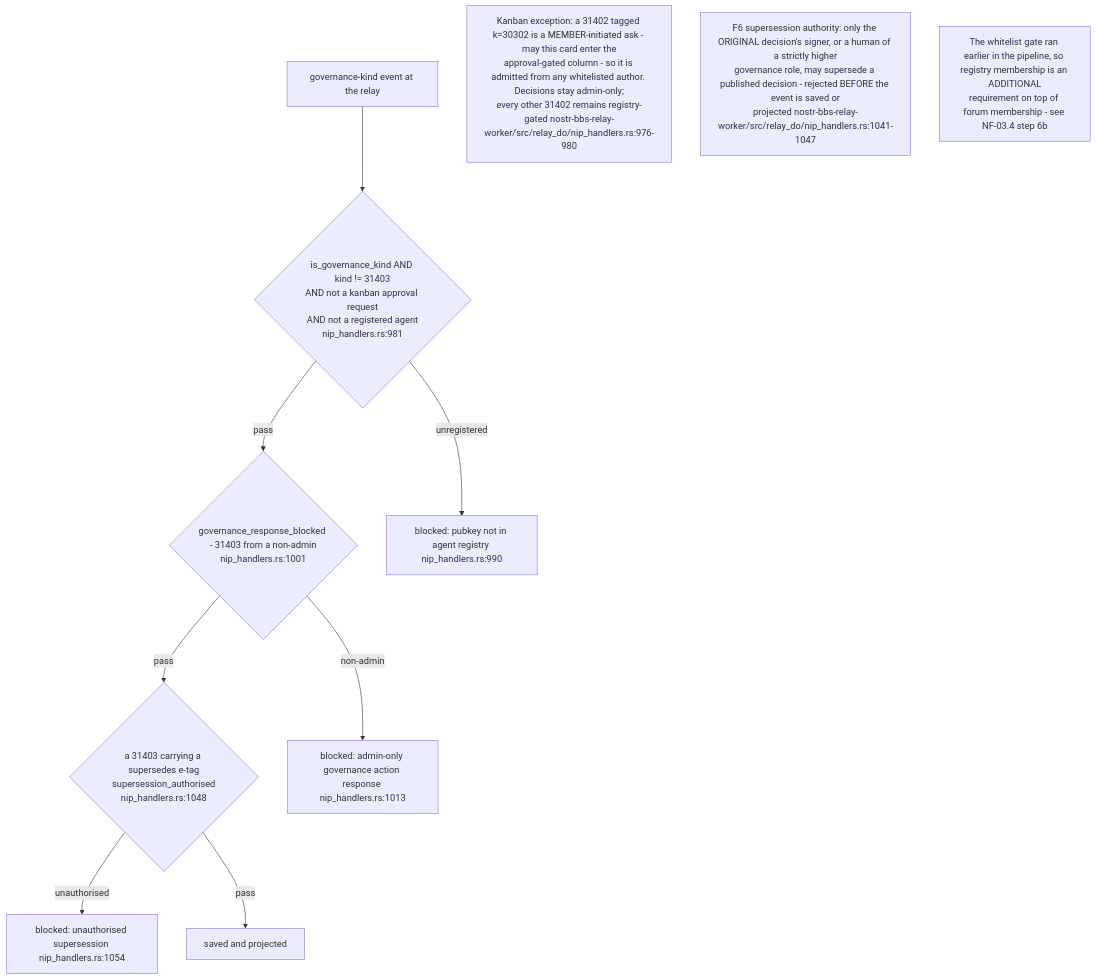
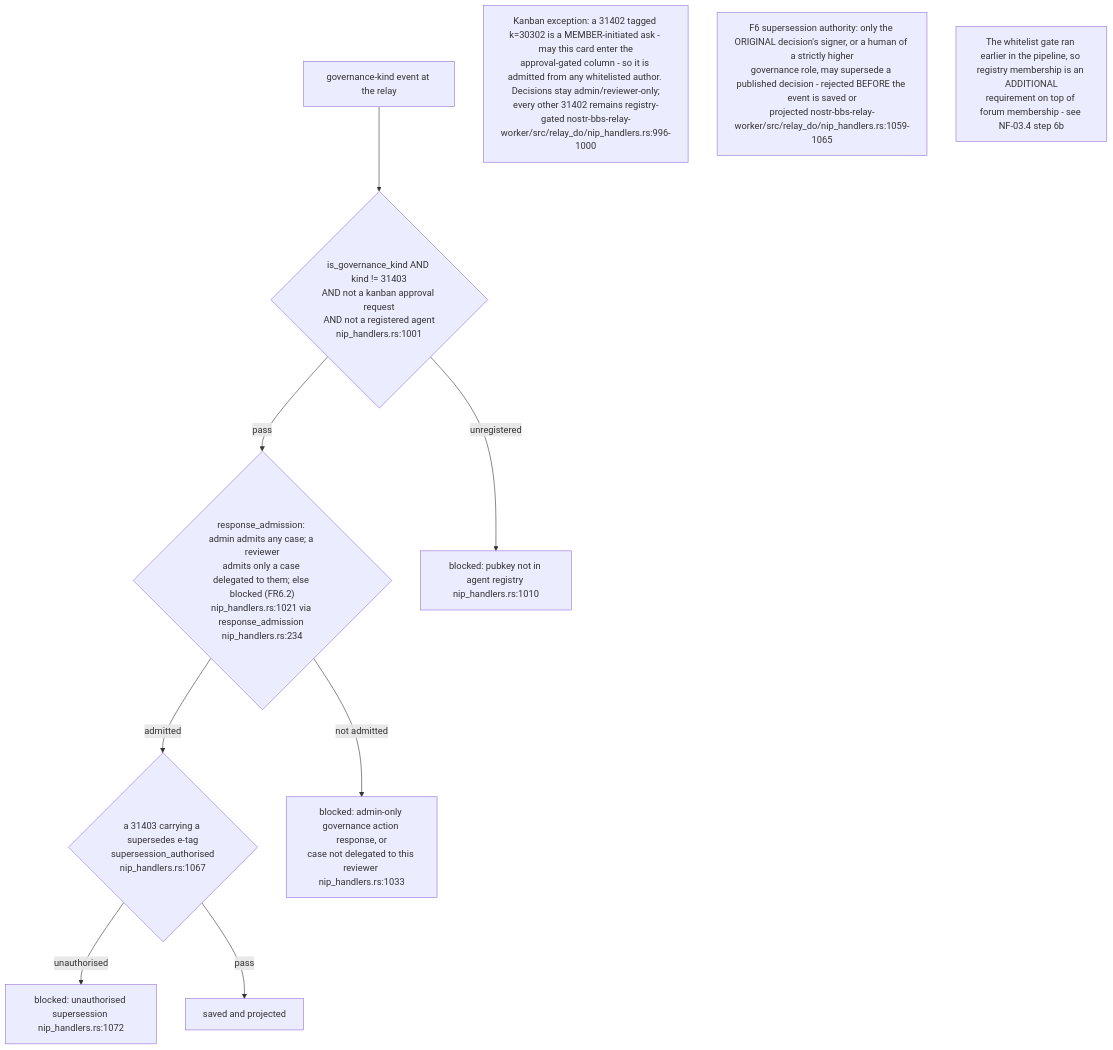
Before and after one commit to DreamLab-AI/VisionFlow: the fourth of 14 diagrams in docs/diagrams/nostr-rust-forum/06-agent-control-surface-31400-31405.md, drawn with Mermaid. The commit also changed other lines of this file and 136 other files, not shown here.

First line of the commit message:
docs(diagrams): refresh the whole corpus to code HEAD and prune low-value diagrams

````diff
--- a/docs/diagrams/nostr-rust-forum/06-agent-control-surface-31400-31405.md
+++ b/docs/diagrams/nostr-rust-forum/06-agent-control-surface-31400-31405.md
@@ -107,20 +108,20 @@
 ```mermaid
 flowchart TB
     EV["governance-kind event at the relay"]
-    G1{"is_governance_kind AND kind != 31403<br/>AND not a kanban approval request<br/>AND not a registered agent<br/>nip_handlers.rs:981"}
-    G2{"governance_response_blocked - 31403 from a non-admin<br/>nip_handlers.rs:1001"}
-    G3{"a 31403 carrying a supersedes e-tag<br/>supersession_authorised<br/>nip_handlers.rs:1048"}
+    G1{"is_governance_kind AND kind != 31403<br/>AND not a kanban approval request<br/>AND not a registered agent<br/>nip_handlers.rs:1001"}
+    G2{"response_admission: admin admits any case; a reviewer<br/>admits only a case delegated to them; else blocked (FR6.2)<br/>nip_handlers.rs:1021 via response_admission nip_handlers.rs:234"}
+    G3{"a 31403 carrying a supersedes e-tag<br/>supersession_authorised<br/>nip_handlers.rs:1067"}
     OK["saved and projected"]
 
     EV --> G1
-    G1 -->|"unregistered"| B1["blocked: pubkey not in agent registry nip_handlers.rs:990"]
+    G1 -->|"unregistered"| B1["blocked: pubkey not in agent registry nip_handlers.rs:1010"]
     G1 -->|"pass"| G2
-    G2 -->|"non-admin"| B2["blocked: admin-only governance action response nip_handlers.rs:1013"]
-    G2 -->|"pass"| G3
-    G3 -->|"unauthorised"| B3["blocked: unauthorised supersession nip_handlers.rs:1054"]
+    G2 -->|"not admitted"| B2["blocked: admin-only governance action response, or<br/>case not delegated to this reviewer nip_handlers.rs:1033"]
+    G2 -->|"admitted"| G3
+    G3 -->|"unauthorised"| B3["blocked: unauthorised supersession nip_handlers.rs:1072"]
     G3 -->|"pass"| OK
 
-    N1["Kanban exception: a 31402 tagged k=30302 is a MEMBER-initiated ask - may this card enter the<br/>approval-gated column - so it is admitted from any whitelisted author. Decisions stay admin-only;<br/>every other 31402 remains registry-gated nostr-bbs-relay-worker/src/relay_do/nip_handlers.rs:976-980"]
-    N2["F6 supersession authority: only the ORIGINAL decision's signer, or a human of a strictly higher<br/>governance role, may supersede a published decision - rejected BEFORE the event is saved or<br/>projected nostr-bbs-relay-worker/src/relay_do/nip_handlers.rs:1041-1047"]
+    N1["Kanban exception: a 31402 tagged k=30302 is a MEMBER-initiated ask - may this card enter the<br/>approval-gated column - so it is admitted from any whitelisted author. Decisions stay admin/reviewer-only;<br/>every other 31402 remains registry-gated nostr-bbs-relay-worker/src/relay_do/nip_handlers.rs:996-1000"]
+    N2["F6 supersession authority: only the ORIGINAL decision's signer, or a human of a strictly higher<br/>governance role, may supersede a published decision - rejected BEFORE the event is saved or<br/>projected nostr-bbs-relay-worker/src/relay_do/nip_handlers.rs:1059-1065"]
     N3["The whitelist gate ran earlier in the pipeline, so registry membership is an ADDITIONAL<br/>requirement on top of forum membership - see NF-03.4 step 6b"]
 ```
````
